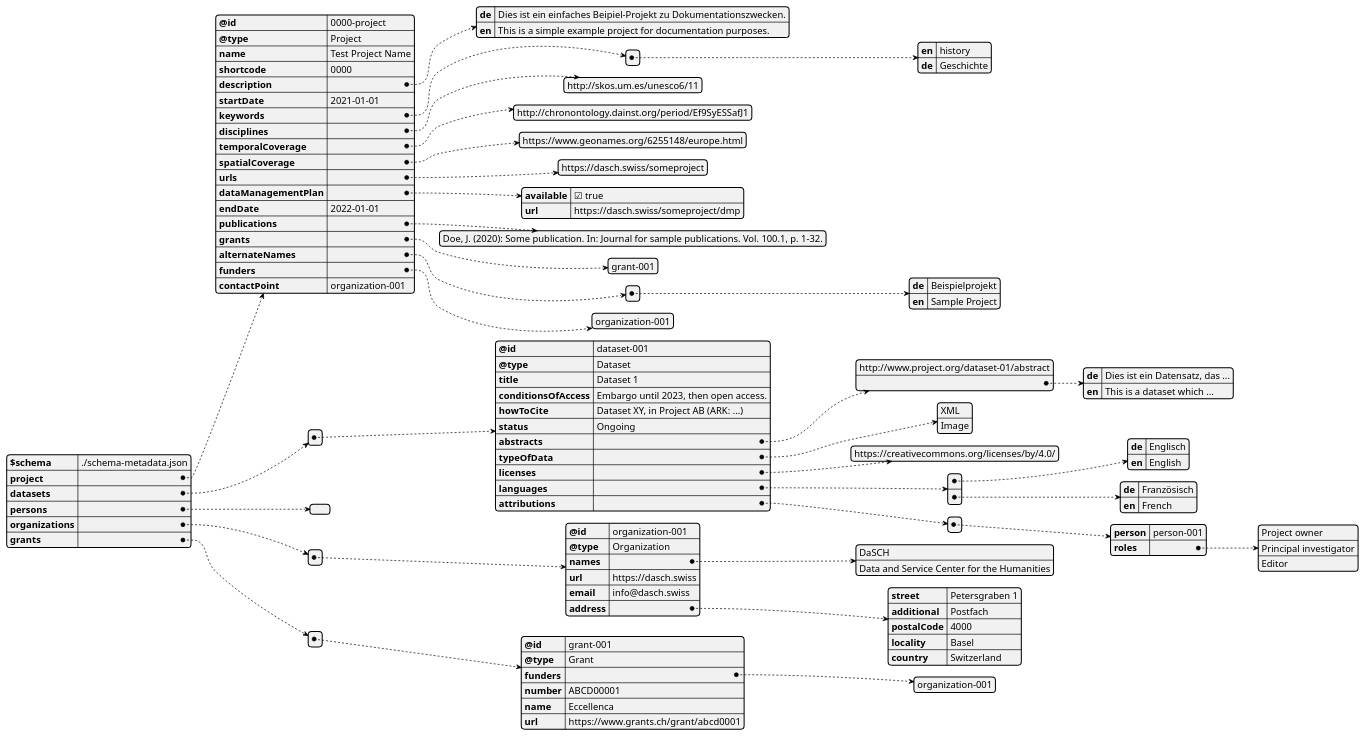
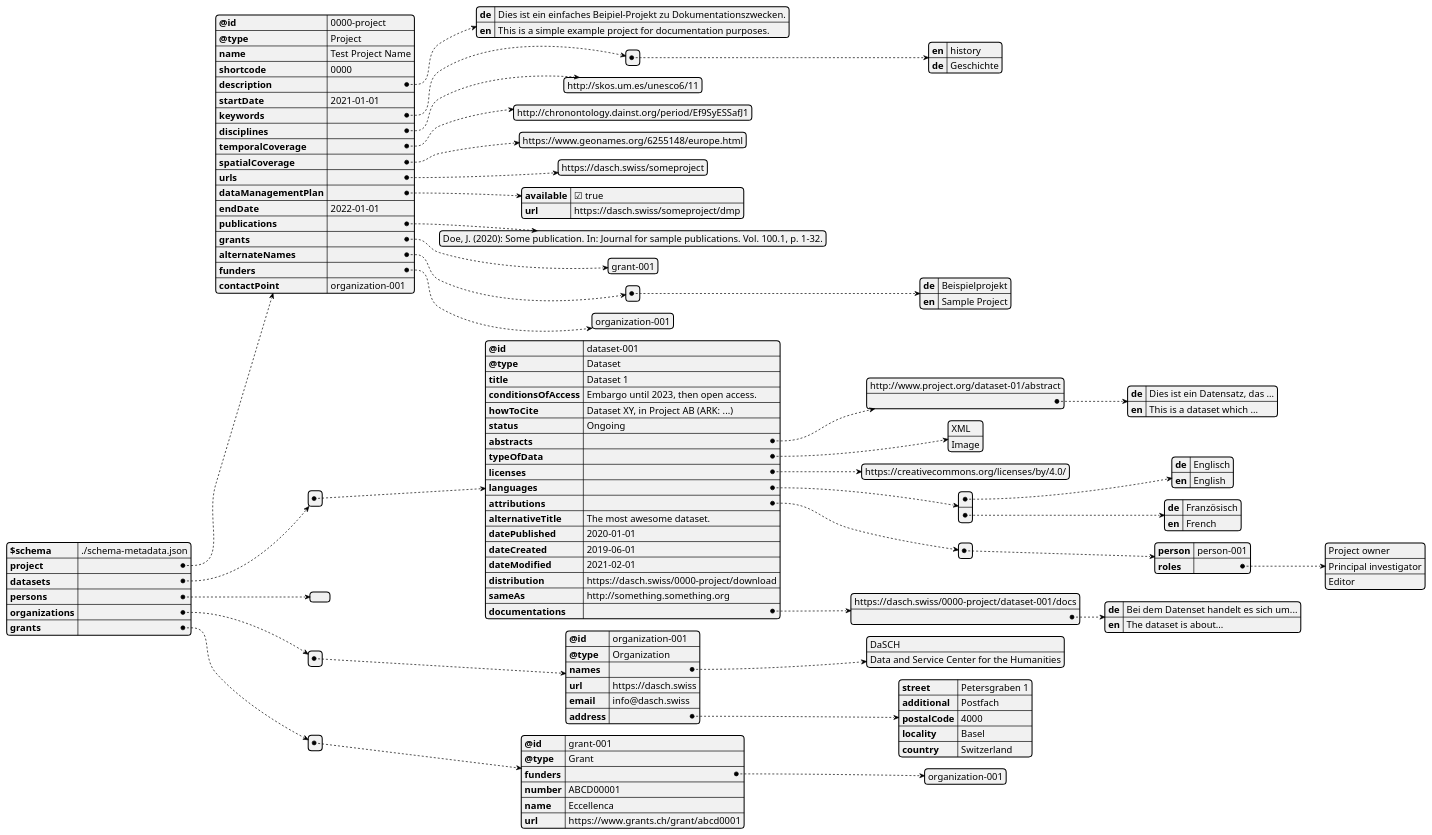
The diagram in docs/services/metadata/api-example.puml (dasch-swiss/dasch-service-platform), drawn with PlantUML before and after one commit. The commit also changed 5 other files, not shown here.

```diff
--- a/docs/services/metadata/api-example.puml
+++ b/docs/services/metadata/api-example.puml
@@ -1,134 +1,147 @@
 @startjson API-Example
 
 {
   "$schema": "./schema-metadata.json",
   "project": {
     "@id": "0000-project",
     "@type": "Project",
     "name": "Test Project Name",
     "shortcode": "0000",
     "description": {
       "de": "Dies ist ein einfaches Beipiel-Projekt zu Dokumentationszwecken.",
       "en": "This is a simple example project for documentation purposes."
     },
     "startDate": "2021-01-01",
     "keywords": [
       {
         "en": "history",
         "de": "Geschichte"
       }
     ],
     "disciplines": [
       "http://skos.um.es/unesco6/11"
     ],
     "temporalCoverage": [
       "http://chronontology.dainst.org/period/Ef9SyESSafJ1"
     ],
     "spatialCoverage": [
       "https://www.geonames.org/6255148/europe.html"
     ],
     "urls": [
       "https://dasch.swiss/someproject"
     ],
     "dataManagementPlan": {
       "available": true,
       "url": "https://dasch.swiss/someproject/dmp"
     },
     "endDate": "2022-01-01",
     "publications": [
       "Doe, J. (2020): Some publication. In: Journal for sample publications. Vol. 100.1, p. 1-32."
     ],
     "grants": [
       "grant-001"
     ],
     "alternateNames": [
       {
         "de": "Beispielprojekt",
         "en": "Sample Project"
       }
     ],
     "funders": [
       "organization-001"
     ],
     "contactPoint": "organization-001"
   },
   "datasets": [
     {
       "@id": "dataset-001",
       "@type": "Dataset",
       "title": "Dataset 1",
       "conditionsOfAccess": "Embargo until 2023, then open access.",
       "howToCite": "Dataset XY, in Project AB (ARK: ...)",
       "status": "Ongoing",
       "abstracts": [
         "http://www.project.org/dataset-01/abstract",
         {
           "de": "Dies ist ein Datensatz, das ...",
           "en": "This is a dataset which ..."
         }
       ],
       "typeOfData": [
         "XML",
         "Image"
       ],
       "licenses": [
         "https://creativecommons.org/licenses/by/4.0/"
       ],
       "languages": [
         {
           "de": "Englisch",
           "en": "English"
         },
         {
           "de": "Französisch",
           "en": "French"
         }
       ],
       "attributions": [
         {
           "person": "person-001",
           "roles": [
             "Project owner",
             "Principal investigator",
             "Editor"
           ]
         }
+      ],
+      "alternativeTitle": "The most awesome dataset.",
+      "datePublished": "2020-01-01",
+      "dateCreated": "2019-06-01",
+      "dateModified": "2021-02-01",
+      "distribution": "https://dasch.swiss/0000-project/download",
+      "sameAs": "http://something.something.org",
+      "documentations": [
+        "https://dasch.swiss/0000-project/dataset-001/docs",
+        {
+          "de": "Bei dem Datenset handelt es sich um...",
+          "en": "The dataset is about..."
+        }
       ]
     }
   ],
   "persons": [],
   "organizations": [
     {
       "@id": "organization-001",
       "@type": "Organization",
       "names": [
         "DaSCH",
         "Data and Service Center for the Humanities"
       ],
       "url": "https://dasch.swiss",
       "email": "info@dasch.swiss",
       "address": {
         "street": "Petersgraben 1",
         "additional": "Postfach",
         "postalCode": "4000",
         "locality": "Basel",
         "country": "Switzerland"
       }
     }
   ],
   "grants": [
     {
       "@id": "grant-001",
       "@type": "Grant",
       "funders": [
         "organization-001"
       ],
       "number": "ABCD00001",
       "name": "Eccellenca",
       "url": "https://www.grants.ch/grant/abcd0001"
     }
   ]
 }
 
 
 @endjson
```
